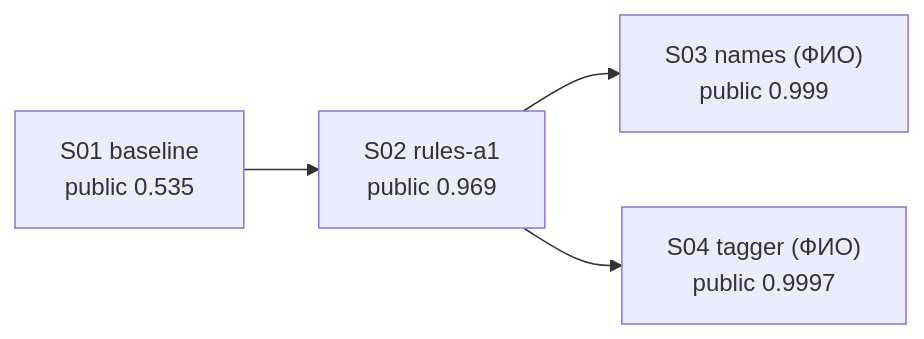
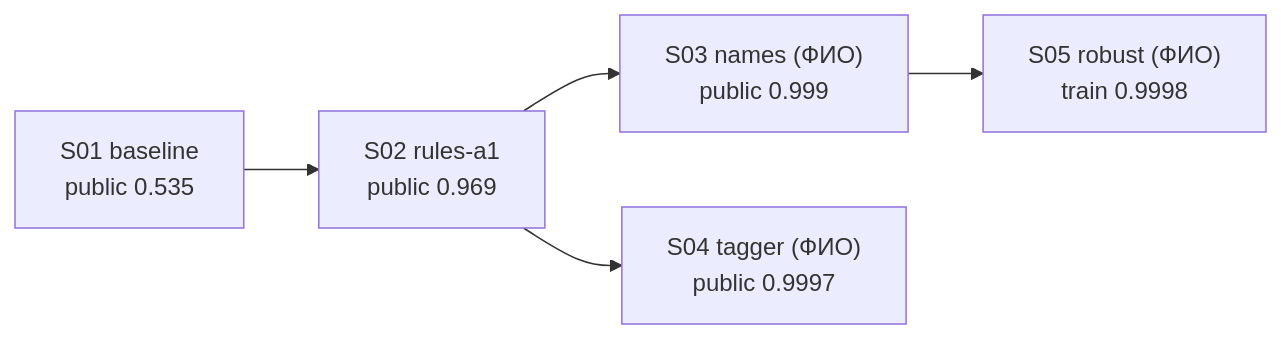
The diagram in docs/evolution.md (polinamiroshnichenko/masking-arena), drawn with Mermaid before and after one commit. The commit also changed other lines of this file and 15 other files, not shown here.

Commit message:
ЧП2: S05 (устойчивость ФИО, ветка от S03) — train 0.9998; актуальный журнал, кривая, графики

````diff
--- a/docs/evolution.md
+++ b/docs/evolution.md
@@ -42,6 +43,7 @@
 ```mermaid
 graph LR
   S01["S01 baseline<br/>public 0.535"] --> S02["S02 rules-a1<br/>public 0.969"]
   S02 --> S03["S03 names (ФИО)<br/>public 0.999"]
   S02 --> S04["S04 tagger (ФИО)<br/>public 0.9997"]
+  S03 --> S05["S05 robust (ФИО)<br/>train 0.9998"]
 ```
````
